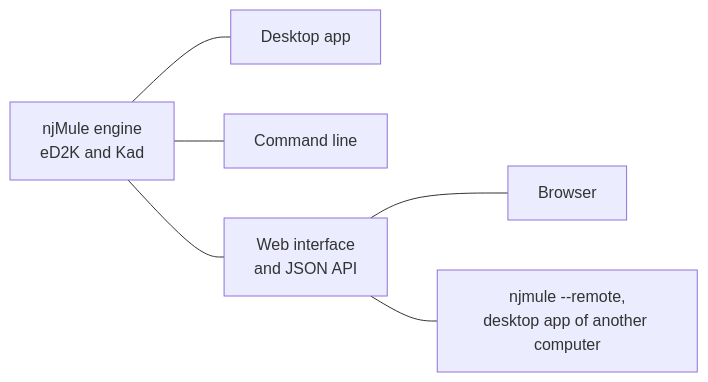
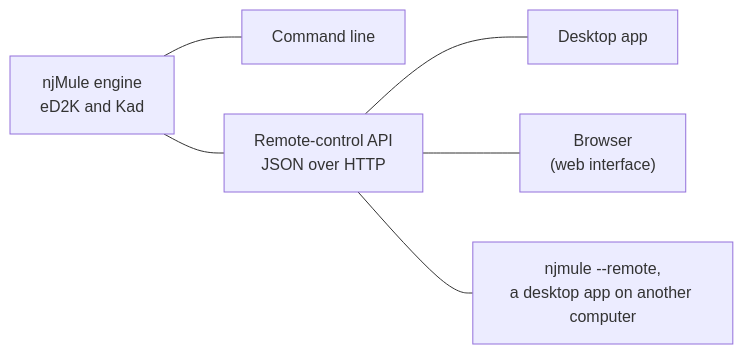
Before and after one commit to njMule/njMule: the diagram in website/docs/intro.mdx, drawn with Mermaid. The commit also changed other lines of this file and 71 other files, not shown here.

````diff
--- a/website/docs/intro.mdx
+++ b/website/docs/intro.mdx
@@ -25,9 +27,9 @@
 ```mermaid
 flowchart LR
     engine["njMule engine<br/>eD2K and Kad"]
-    engine --- desktop["Desktop app"]
     engine --- cli["Command line"]
-    engine --- web["Web interface<br/>and JSON API"]
-    web --- browser["Browser"]
-    web --- remote["njmule --remote,<br/>desktop app of another computer"]
+    engine --- api["Remote-control API<br/>JSON over HTTP"]
+    api --- window["Desktop app"]
+    api --- browser["Browser<br/>(web interface)"]
+    api --- remote["njmule --remote,<br/>a desktop app on another computer"]
 ```
````
